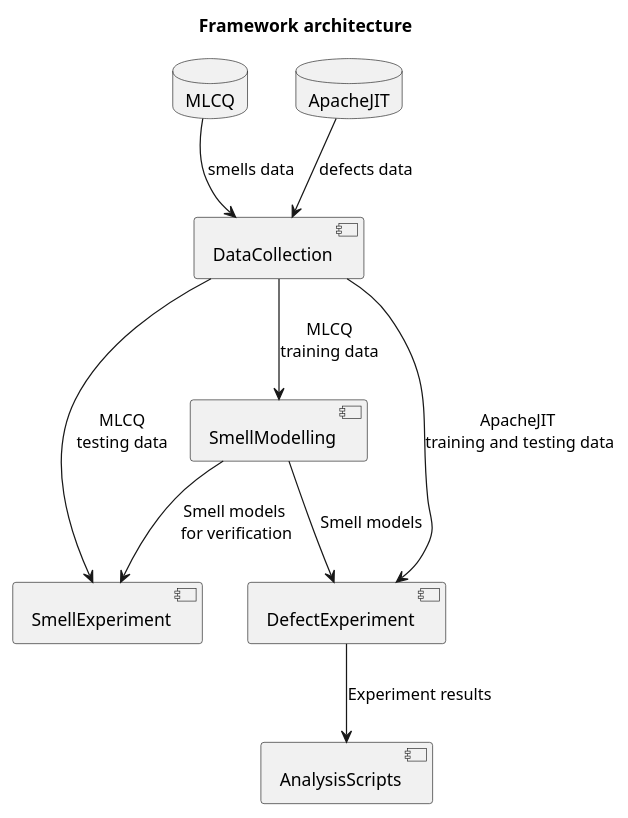
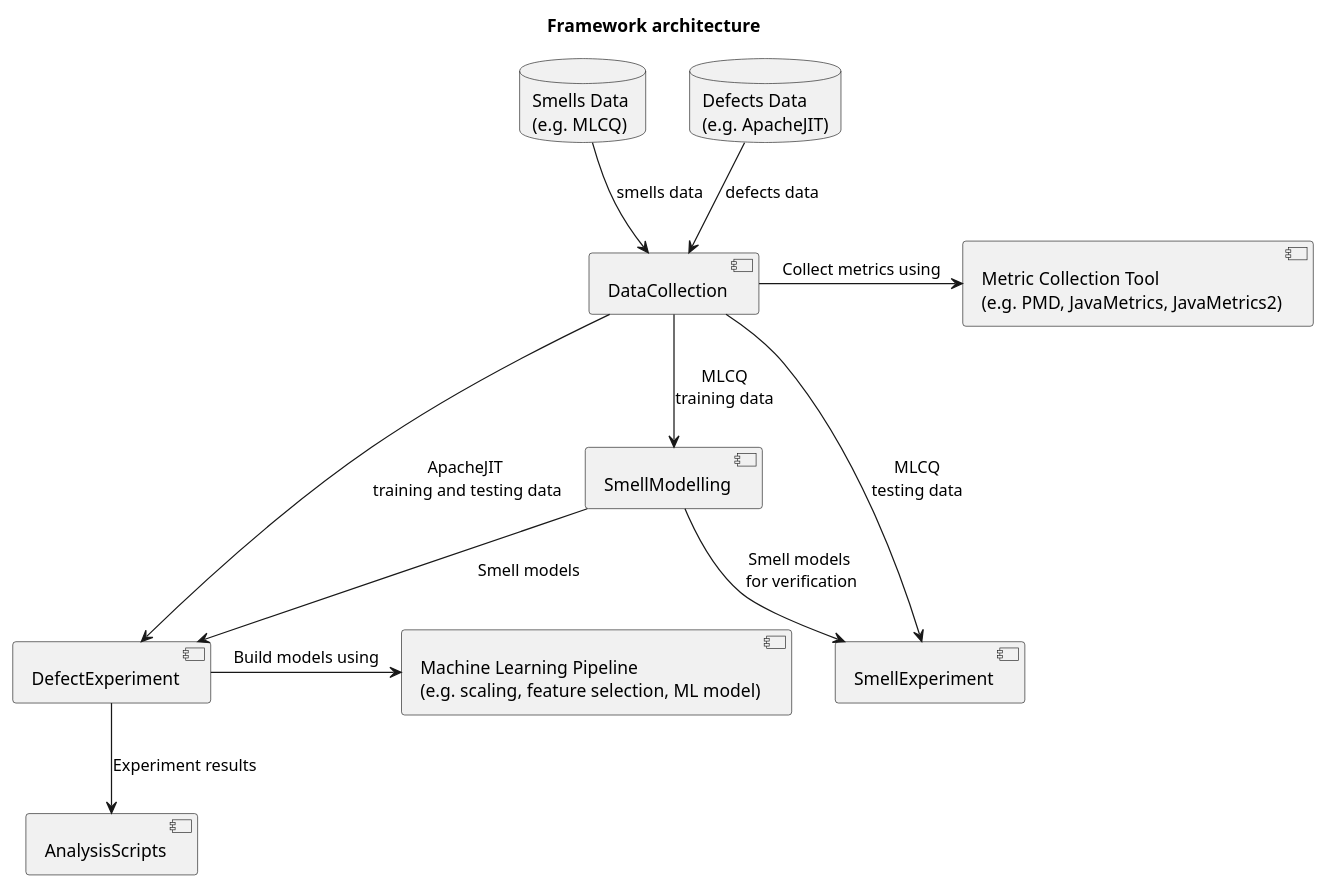
Before and after one commit to tlewowski/defect-prediction: the diagram in docs/bird-view-architecture.puml, drawn with PlantUML.

Commit message:
Update docs with examples

```diff
--- a/docs/bird-view-architecture.puml
+++ b/docs/bird-view-architecture.puml
@@ -1,23 +1,28 @@
 title Framework architecture
 
 component DataCollection
+component "Metric Collection Tool\n(e.g. PMD, JavaMetrics, JavaMetrics2)" as Tools
 
 component SmellExperiment
 component SmellModelling
+component "Machine Learning Pipeline\n(e.g. scaling, feature selection, ML model)" as MLP
 
 component DefectExperiment
 
 component AnalysisScripts
 
-database MLCQ
-database ApacheJIT
+database "Smells Data \n(e.g. MLCQ)" as MLCQ
+database "Defects Data \n(e.g. ApacheJIT)" as ApacheJIT
 
+component DataCollection
+DataCollection -> Tools : Collect metrics using
 DataCollection --> SmellModelling : MLCQ\ntraining data
 DataCollection --> DefectExperiment : ApacheJIT \ntraining and testing data
 DataCollection --> SmellExperiment : MLCQ\ntesting data
 SmellModelling --> DefectExperiment : Smell models
 SmellModelling --> SmellExperiment : Smell models\n for verification
 DefectExperiment --> AnalysisScripts : Experiment results
+DefectExperiment -> MLP : Build models using
 
 ApacheJIT --> DataCollection : defects data
 MLCQ --> DataCollection : smells data
```
